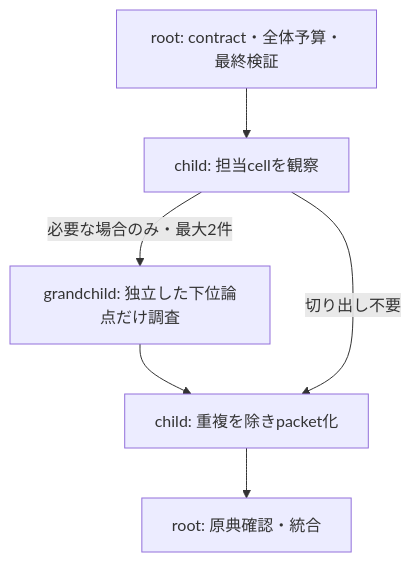
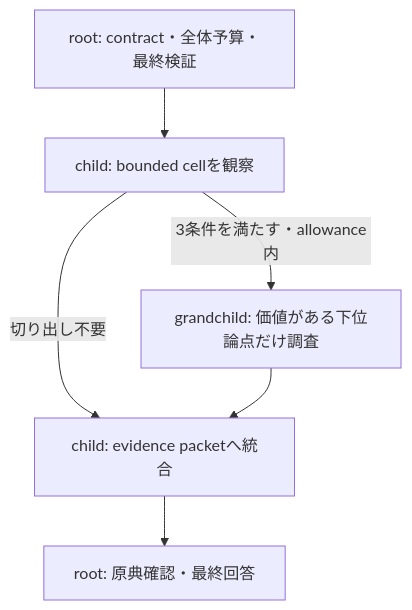
Before and after one commit to dj-thank/luna-research-skills: the diagram in README.md, drawn with Mermaid. The commit also changed other lines of this file and 1 other file, not shown here.

Commit message:
docs: sharpen bounded hierarchy prompt (#12)

````diff
--- a/README.md
+++ b/README.md
@@ -58,13 +46,13 @@
 ```mermaid
 flowchart TD
     R["root: contract・全体予算・最終検証"]
-    C["child: 担当cellを観察"]
-    G["grandchild: 独立した下位論点だけ調査"]
-    S["child: 重複を除きpacket化"]
-    O["root: 原典確認・統合"]
+    C["child: bounded cellを観察"]
+    G["grandchild: 価値がある下位論点だけ調査"]
+    P["child: evidence packetへ統合"]
+    O["root: 原典確認・最終回答"]
     R --> C
-    C -->|"必要な場合のみ・最大2件"| G
-    G --> S
-    C -->|"切り出し不要"| S
-    S --> O
+    C -->|"3条件を満たす・allowance内"| G
+    C -->|"切り出し不要"| P
+    G --> P
+    P --> O
 ```
````
